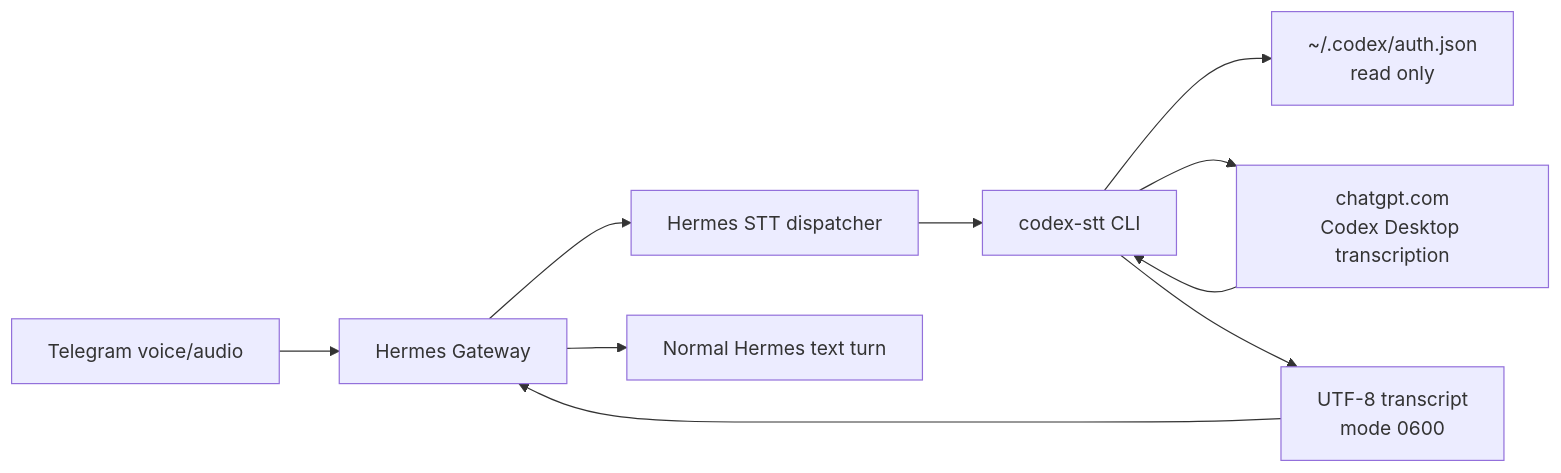
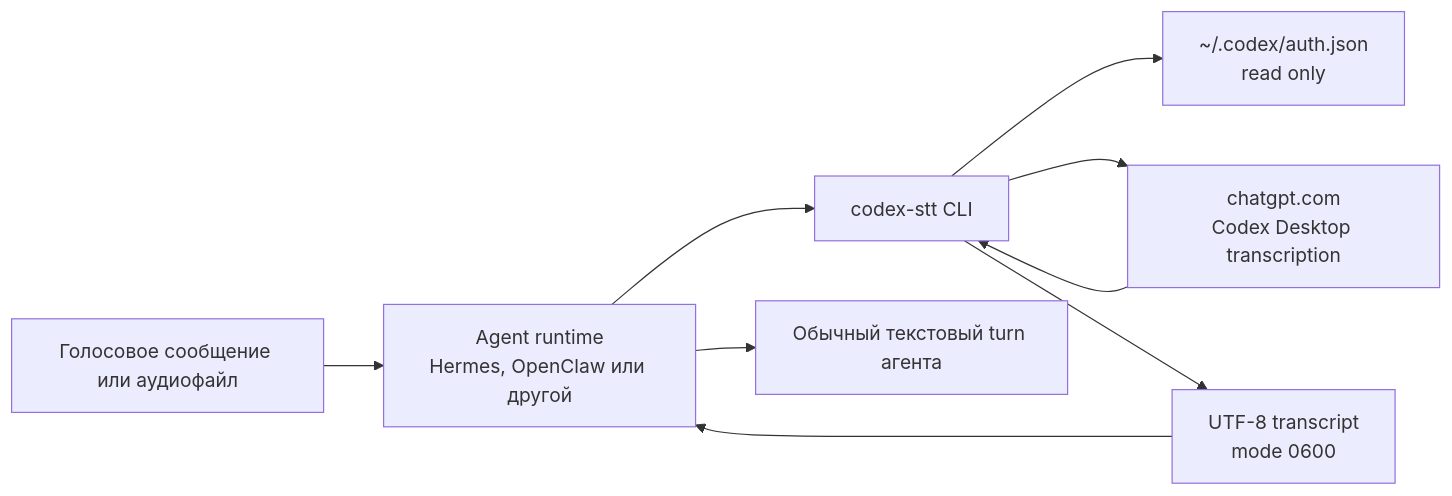
The first of 2 diagrams in docs/ARCHITECTURE.ru.md (ai-babai/codex-stt-bridge), drawn with Mermaid before and after one commit. The commit also changed other lines of this file and 26 other files, not shown here.

Commit message:
feat: rename project to codex-stt-bridge

````diff
--- a/docs/ARCHITECTURE.ru.md
+++ b/docs/ARCHITECTURE.ru.md
@@ -11,12 +11,11 @@
 ```mermaid
 flowchart LR
-    TG["Telegram voice/audio"] --> HG["Hermes Gateway"]
-    HG --> DP["Hermes STT dispatcher"]
-    DP --> CLI["codex-stt CLI"]
+    IN["Голосовое сообщение или аудиофайл"] --> AR["Agent runtime<br/>Hermes, OpenClaw или другой"]
+    AR --> CLI["codex-stt CLI"]
     CLI --> AF["~/.codex/auth.json<br/>read only"]
     CLI --> BE["chatgpt.com<br/>Codex Desktop transcription"]
     BE --> CLI
     CLI --> TF["UTF-8 transcript<br/>mode 0600"]
-    TF --> HG
-    HG --> AG["Normal Hermes text turn"]
+    TF --> AR
+    AR --> AG["Обычный текстовый turn агента"]
 ```
````
